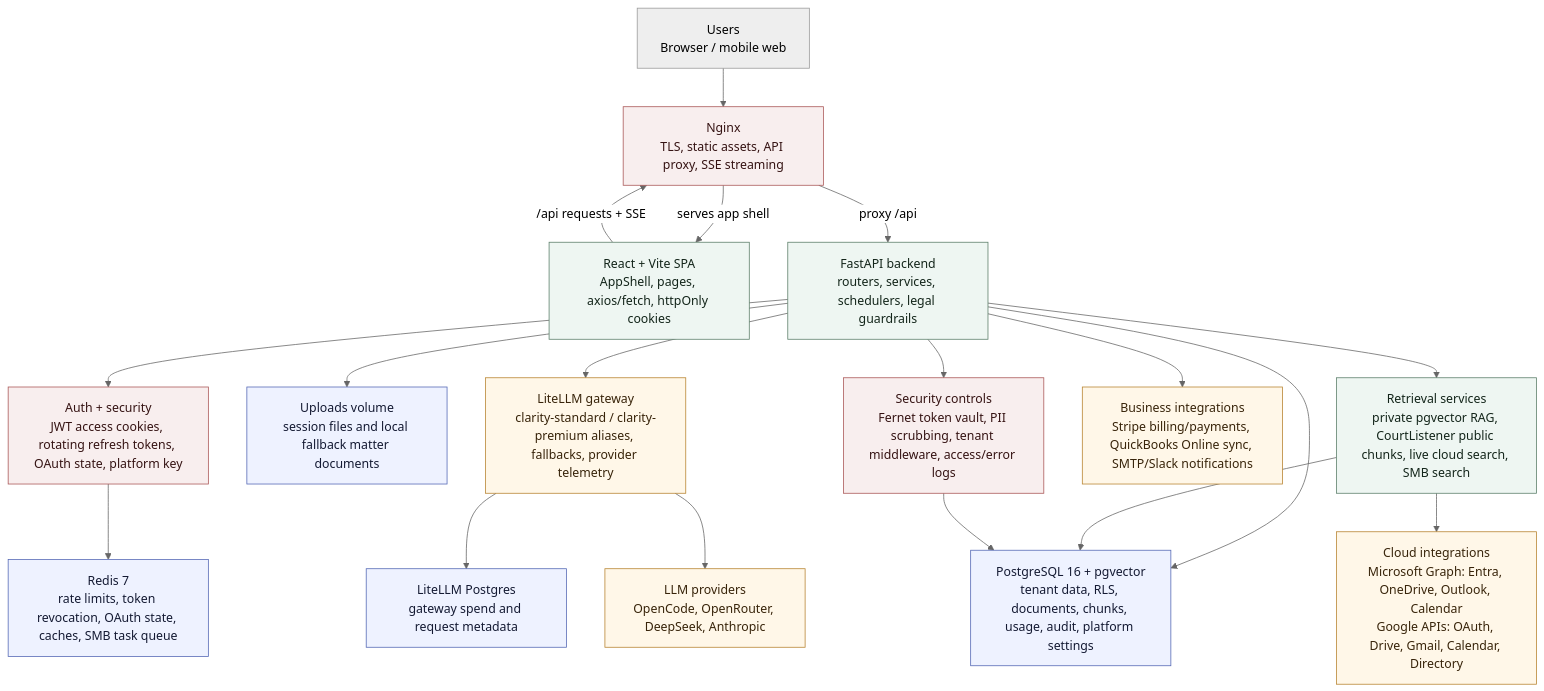
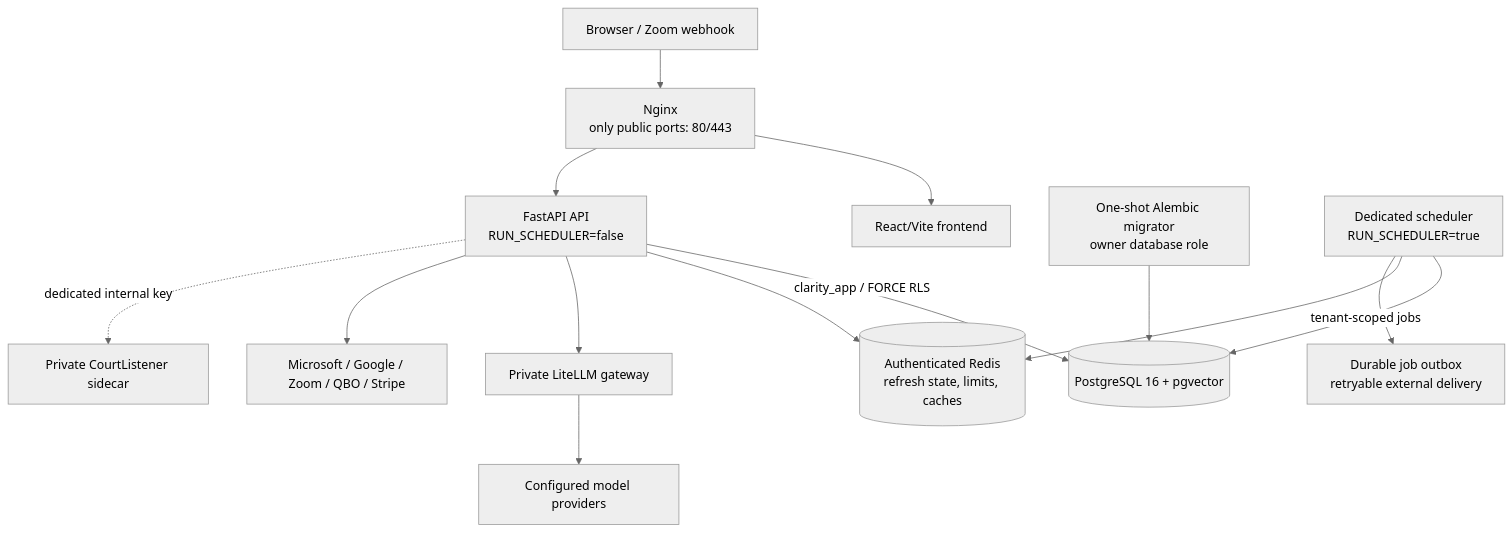
Before and after one commit to mattpainter701/legalapp: the diagram in README.md, drawn with Mermaid (neutral theme). The commit also changed other lines of this file and 152 other files, not shown here.

````diff
--- a/README.md
+++ b/README.md
@@ -52,33 +39,19 @@
 ```mermaid
 flowchart TB
-    user["Users<br/>Browser / mobile web"] --> edge["Nginx<br/>TLS, static assets, API proxy, SSE streaming"]
-    edge -->|"serves app shell"| spa["React + Vite SPA<br/>AppShell, pages, axios/fetch, httpOnly cookies"]
-    spa -->|/api requests + SSE| edge
-    edge -->|"proxy /api"| api["FastAPI backend<br/>routers, services, schedulers, legal guardrails"]
+    user["Browser / Zoom webhook"] --> edge["Nginx\nonly public ports: 80/443"]
+    edge --> web["React/Vite frontend"]
+    edge --> api["FastAPI API\nRUN_SCHEDULER=false"]
 
-    api --> auth["Auth + security<br/>JWT access cookies, rotating refresh tokens, OAuth state, platform key"]
-    auth --> redis["Redis 7<br/>rate limits, token revocation, OAuth state, caches, SMB task queue"]
+    migrate["One-shot Alembic migrator\nowner database role"] --> db[("PostgreSQL 16 + pgvector")]
+    api -->|"clarity_app / FORCE RLS"| db
+    api --> redis[("Authenticated Redis\nrefresh state, limits, caches")]
+    api --> llm["Private LiteLLM gateway"]
+    llm --> providers["Configured model providers"]
 
-    api --> db["PostgreSQL 16 + pgvector<br/>tenant data, RLS, documents, chunks, usage, audit, platform settings"]
-    api --> uploads["Uploads volume<br/>session files and local fallback matter documents"]
-    api --> llm["LiteLLM gateway<br/>clarity-standard / clarity-premium aliases, fallbacks, provider telemetry"]
-    llm --> llmdb["LiteLLM Postgres<br/>gateway spend and request metadata"]
-    llm --> providers["LLM providers<br/>OpenCode, OpenRouter, DeepSeek, Anthropic"]
+    scheduler["Dedicated scheduler\nRUN_SCHEDULER=true"] -->|"tenant-scoped jobs"| db
+    scheduler --> redis
+    scheduler --> outbox["Durable job outbox\nretryable external delivery"]
 
-    api --> rag["Retrieval services<br/>private pgvector RAG, CourtListener public chunks, live cloud search, SMB search"]
-    rag --> db
-    rag --> cloud["Cloud integrations<br/>Microsoft Graph: Entra, OneDrive, Outlook, Calendar<br/>Google APIs: OAuth, Drive, Gmail, Calendar, Directory"]
-    api --> billing["Business integrations<br/>Stripe billing/payments, QuickBooks Online sync, SMTP/Slack notifications"]
-    api --> security["Security controls<br/>Fernet token vault, PII scrubbing, tenant middleware, access/error logs"]
-    security --> db
-
-    classDef app fill:#eef6f2,stroke:#5a7d68,color:#13251a;
-    classDef data fill:#eef2ff,stroke:#5367b4,color:#141a33;
-    classDef ext fill:#fff7e8,stroke:#b7832f,color:#38240a;
-    classDef securityClass fill:#f8eeee,stroke:#a95555,color:#351313;
-
-    class spa,api,rag app;
-    class db,redis,uploads,llmdb data;
-    class llm,providers,cloud,billing ext;
-    class auth,security,edge securityClass;
+    api --> cloud["Microsoft / Google / Zoom / QBO / Stripe"]
+    api -. "dedicated internal key" .-> mcp["Private CourtListener sidecar"]
 ```
````
